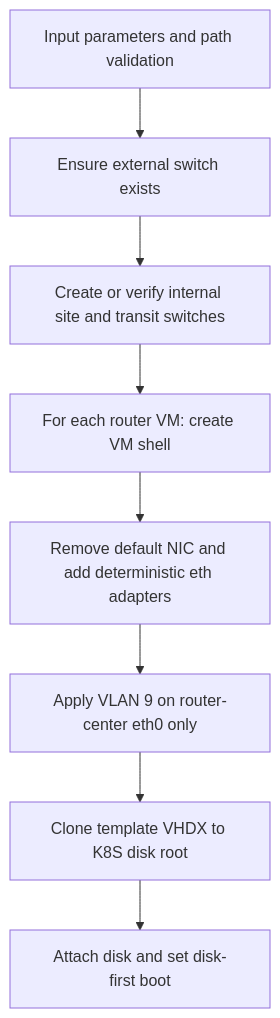
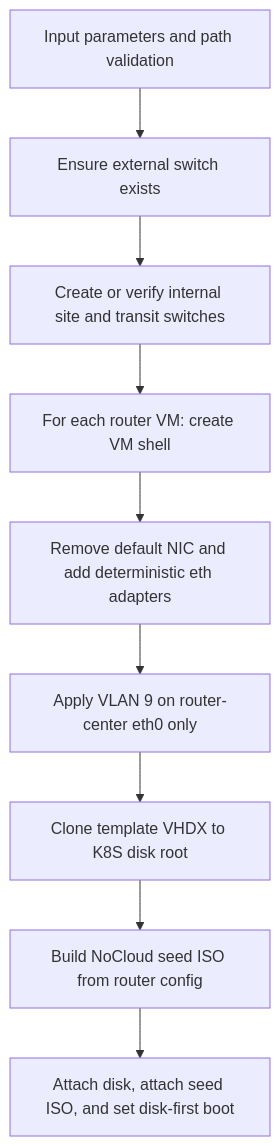
The third of 3 diagrams in docs/System-Design.md (cantrellr/vyos-appgate-dren-lab), drawn with Mermaid before and after one commit. The commit also changed other lines of this file and 6 other files, not shown here.

Commit message:
Enhance VyOS router provisioning with NoCloud seed ISO creation and secure boot configurations; update documentation for clarity on new features and usage.

````diff
--- a/docs/System-Design.md
+++ b/docs/System-Design.md
@@ -190,10 +193,11 @@
 ```mermaid
 flowchart TD
   R0[Input parameters and path validation] --> R1[Ensure external switch exists]
   R1 --> R2[Create or verify internal site and transit switches]
   R2 --> R3[For each router VM: create VM shell]
   R3 --> R4[Remove default NIC and add deterministic eth adapters]
   R4 --> R5[Apply VLAN 9 on router-center eth0 only]
   R5 --> R6[Clone template VHDX to K8S disk root]
-  R6 --> R7[Attach disk and set disk-first boot]
+  R6 --> R7[Build NoCloud seed ISO from router config]
+  R7 --> R8[Attach disk, attach seed ISO, and set disk-first boot]
 ```
````
